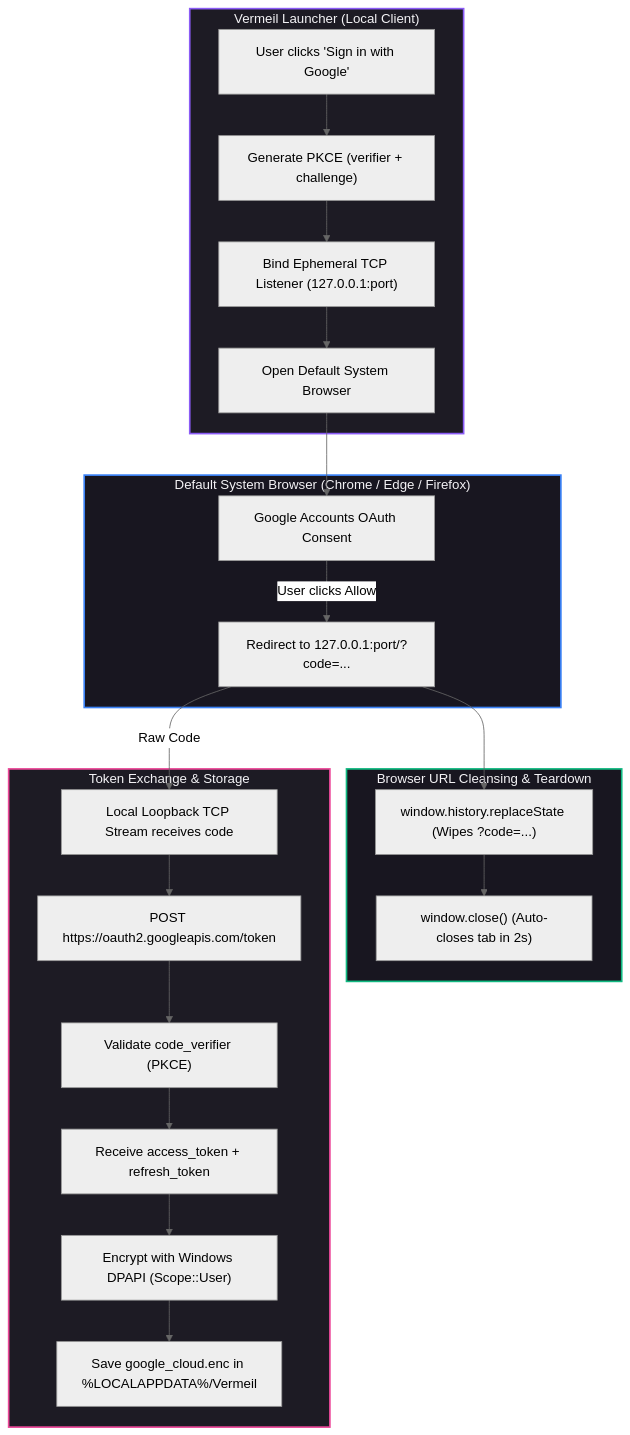
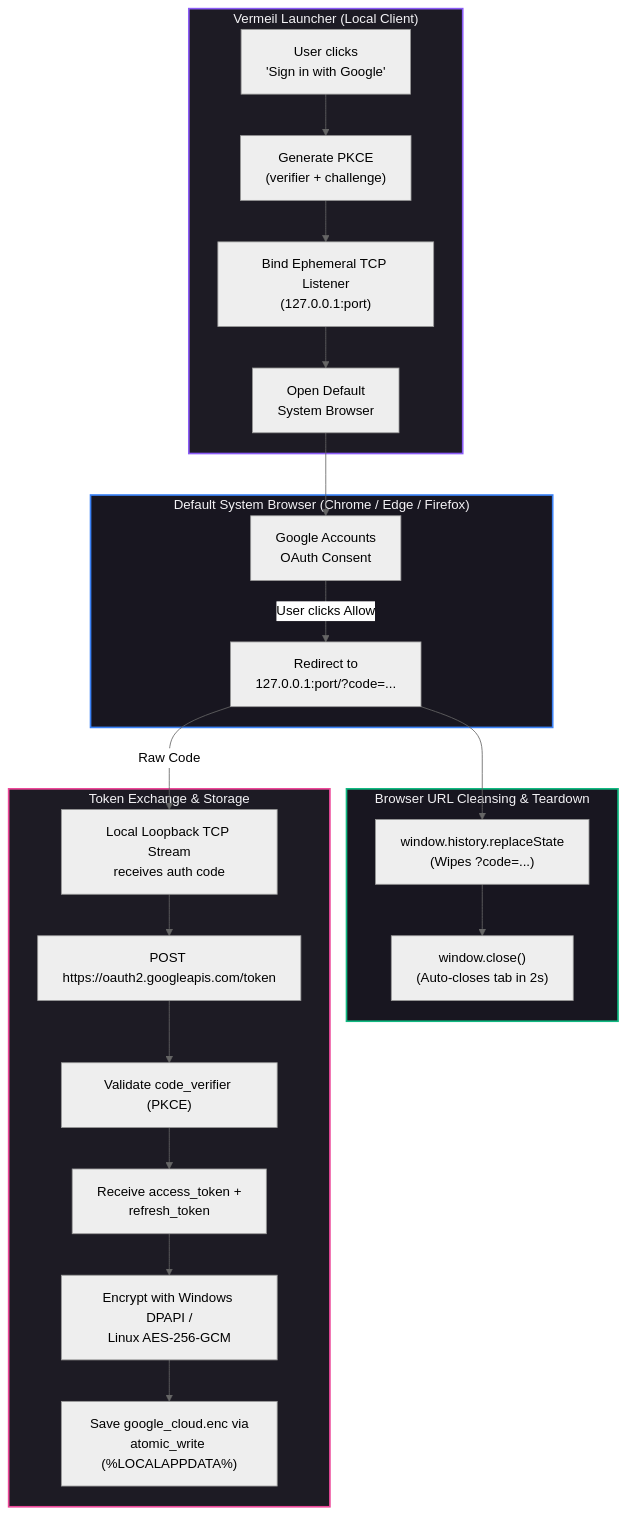
One commit to Davekb1976/Vermeil-Launcher changed the first of 4 diagrams in docs/research/google-cloud-sync/research.md. Above: the diagram before and after it, drawn with Mermaid (neutral theme). The commit also changed 5 other files, not shown here.

Commit message:
docs: codify living architecture documentation rules and format node diagrams

````diff
--- a/docs/research/google-cloud-sync/research.md
+++ b/docs/research/google-cloud-sync/research.md
@@ -13,32 +13,32 @@
 ```mermaid
 flowchart TD
     subgraph Client["Vermeil Launcher (Local Client)"]
-        A["User clicks 'Sign in with Google'"] --> B["Generate PKCE (verifier + challenge)"]
-        B --> C["Bind Ephemeral TCP Listener (127.0.0.1:port)"]
-        C --> D["Open Default System Browser"]
+        A["User clicks<br/>'Sign in with Google'"] --> B["Generate PKCE<br/>(verifier + challenge)"]
+        B --> C["Bind Ephemeral TCP Listener<br/>(127.0.0.1:port)"]
+        C --> D["Open Default<br/>System Browser"]
     end
 
     subgraph Browser["Default System Browser (Chrome / Edge / Firefox)"]
-        D --> E["Google Accounts OAuth Consent"]
-        E -->|User clicks Allow| F["Redirect to 127.0.0.1:port/?code=..."]
+        D --> E["Google Accounts<br/>OAuth Consent"]
+        E -->|User clicks Allow| F["Redirect to<br/>127.0.0.1:port/?code=..."]
     end
 
     subgraph Teardown["Browser URL Cleansing & Teardown"]
-        F --> G["window.history.replaceState (Wipes ?code=...)"]
-        G --> H["window.close() (Auto-closes tab in 2s)"]
+        F --> G["window.history.replaceState<br/>(Wipes ?code=...)"]
+        G --> H["window.close()<br/>(Auto-closes tab in 2s)"]
     end
 
     subgraph Exchange["Token Exchange & Storage"]
-        F -->|Raw Code| I["Local Loopback TCP Stream receives code"]
+        F -->|Raw Code| I["Local Loopback TCP Stream<br/>receives auth code"]
         I --> J["POST https://oauth2.googleapis.com/token"]
         J --> K["Validate code_verifier (PKCE)"]
-        K --> L["Receive access_token + refresh_token"]
-        L --> M["Encrypt with Windows DPAPI (Scope::User)"]
-        M --> N["Save google_cloud.enc in %LOCALAPPDATA%/Vermeil"]
+        K --> L["Receive access_token +<br/>refresh_token"]
+        L --> M["Encrypt with Windows DPAPI /<br/>Linux AES-256-GCM"]
+        M --> N["Save google_cloud.enc via<br/>atomic_write (%LOCALAPPDATA%)"]
     end
 
     style Client fill:#1d1b24,stroke:#8b5cf6,stroke-width:2px,color:#f4f3f6
     style Browser fill:#181620,stroke:#3b82f6,stroke-width:2px,color:#f4f3f6
     style Teardown fill:#181620,stroke:#10b981,stroke-width:2px,color:#f4f3f6
     style Exchange fill:#1d1b24,stroke:#ec4899,stroke-width:2px,color:#f4f3f6
 ```
````
